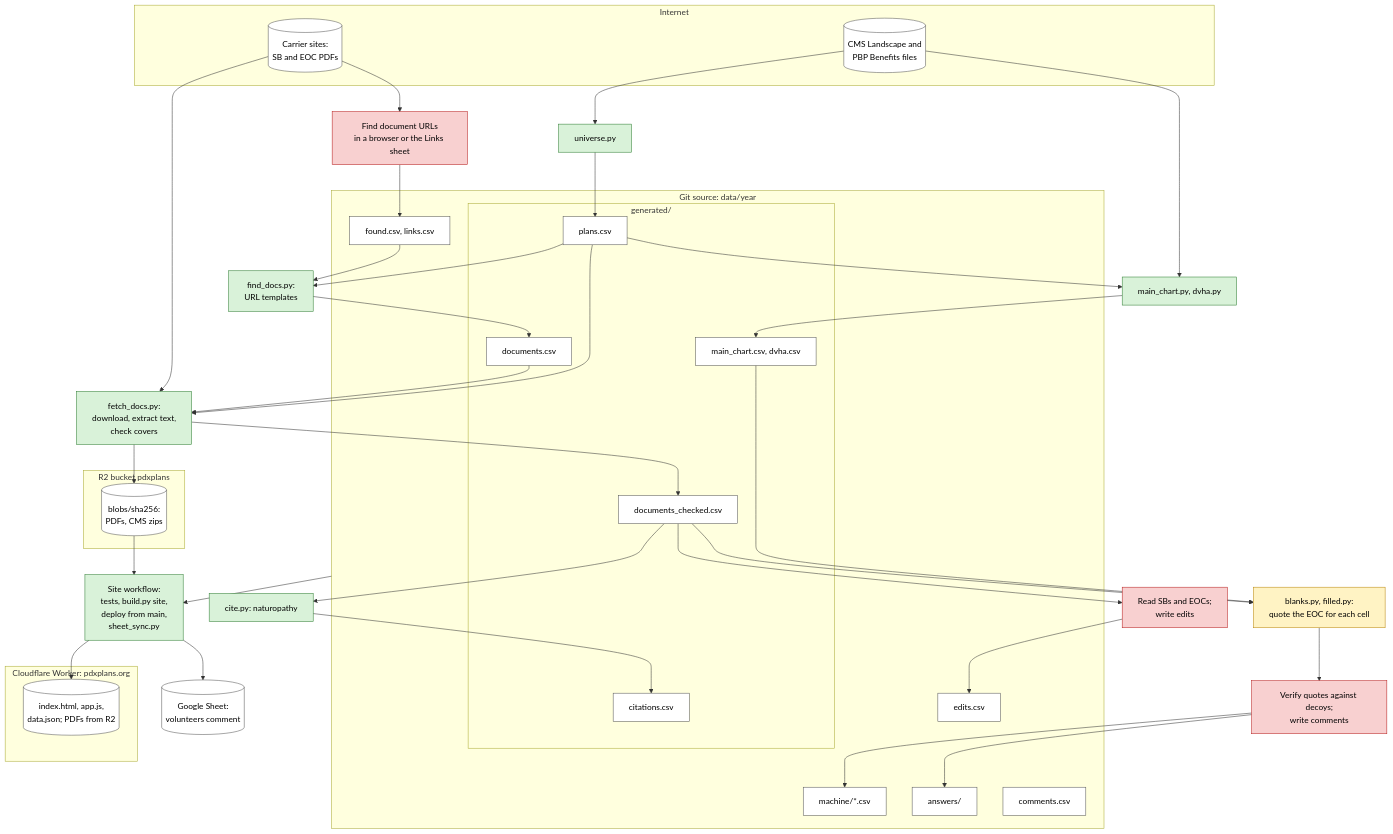
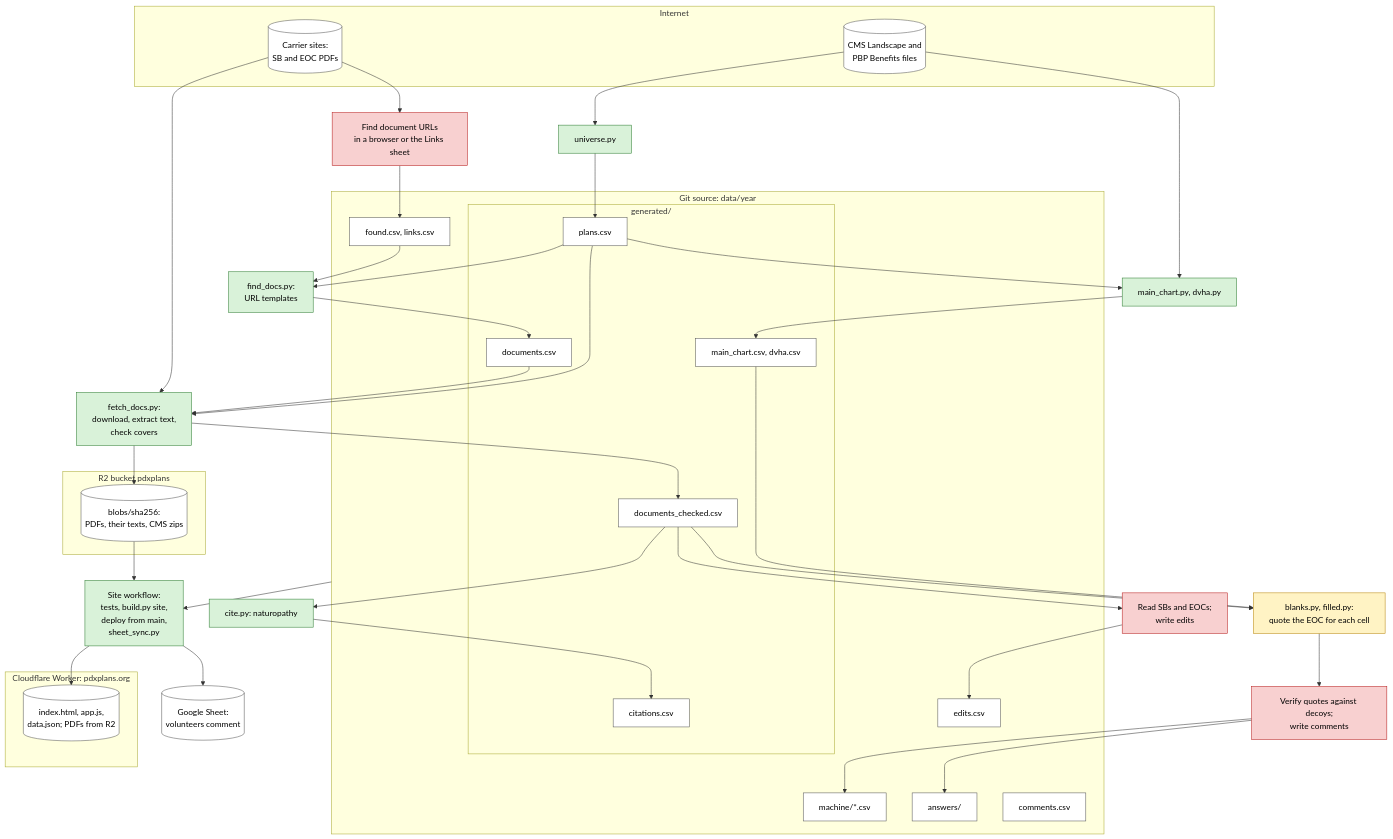
Before and after one commit to rosenhouse-bot-sandbox/shiba-data: the diagram in docs/pipeline.md, drawn with Mermaid. The commit also changed other lines of this file and 4 other files, not shown here.

````diff
--- a/docs/pipeline.md
+++ b/docs/pipeline.md
@@ -5,64 +5,64 @@
 ```mermaid
 flowchart TB
   classDef det fill:#d9f2d9,stroke:#2e7d32,color:#000
   classDef cheap fill:#fff3c4,stroke:#b8860b,color:#000
   classDef heavy fill:#f8d0d0,stroke:#b71c1c,color:#000
   classDef state fill:#fff,stroke:#555,color:#000
 
   subgraph external [Internet]
     carriers[(Carrier sites:<br>SB and EOC PDFs)]:::state
     cms[(CMS Landscape and<br>PBP Benefits files)]:::state
   end
 
   subgraph git [Git source: data/year]
     finds[found.csv, links.csv]:::state
     subgraph generated [generated/]
       plans[plans.csv]:::state
       documents[documents.csv]:::state
       checked[documents_checked.csv]:::state
       citations[citations.csv]:::state
       sheets[main_chart.csv, dvha.csv]:::state
     end
     eoccites[machine/*.csv]:::state
     answers[answers/]:::state
     edits[edits.csv]:::state
     comments[comments.csv]:::state
   end
 
   subgraph r2 [R2 bucket pdxplans]
-    blobs[(blobs/sha256:<br>PDFs, CMS zips)]:::state
+    blobs[(blobs/sha256:<br>PDFs, their texts, CMS zips)]:::state
   end
 
   subgraph web [Cloudflare Worker: pdxplans.org]
     site[(index.html, app.js,<br>data.json; PDFs from R2)]:::state
   end
 
   sheet[(Google Sheet:<br>volunteers comment)]:::state
 
   findurls[Find document URLs<br>in a browser or the Links sheet]:::heavy
   finddocs[find_docs.py:<br>URL templates]:::det
   universe[universe.py]:::det
   fetch[fetch_docs.py:<br>download, extract text,<br>check covers]:::det
   review[Read SBs and EOCs;<br>write edits]:::heavy
   cite[cite.py: naturopathy]:::det
   gen[main_chart.py, dvha.py]:::det
 
   carriers --> findurls --> finds
   finds & plans --> finddocs --> documents
   cms --> universe --> plans
   documents & plans --> fetch --> checked
   carriers --> fetch
   checked --> review --> edits
   checked --> cite --> citations
   cms & plans --> gen --> sheets
 
   extract[blanks.py, filled.py:<br>quote the EOC for each cell]:::cheap
   verify[Verify quotes against decoys;<br>write comments]:::heavy
 
   checked & sheets --> extract --> verify --> eoccites & answers
 
   sitewf[Site workflow:<br>tests, build.py site,<br>deploy from main,<br>sheet_sync.py]:::det
 
   fetch --> blobs
   blobs & git --> sitewf --> site & sheet
 ```
````
